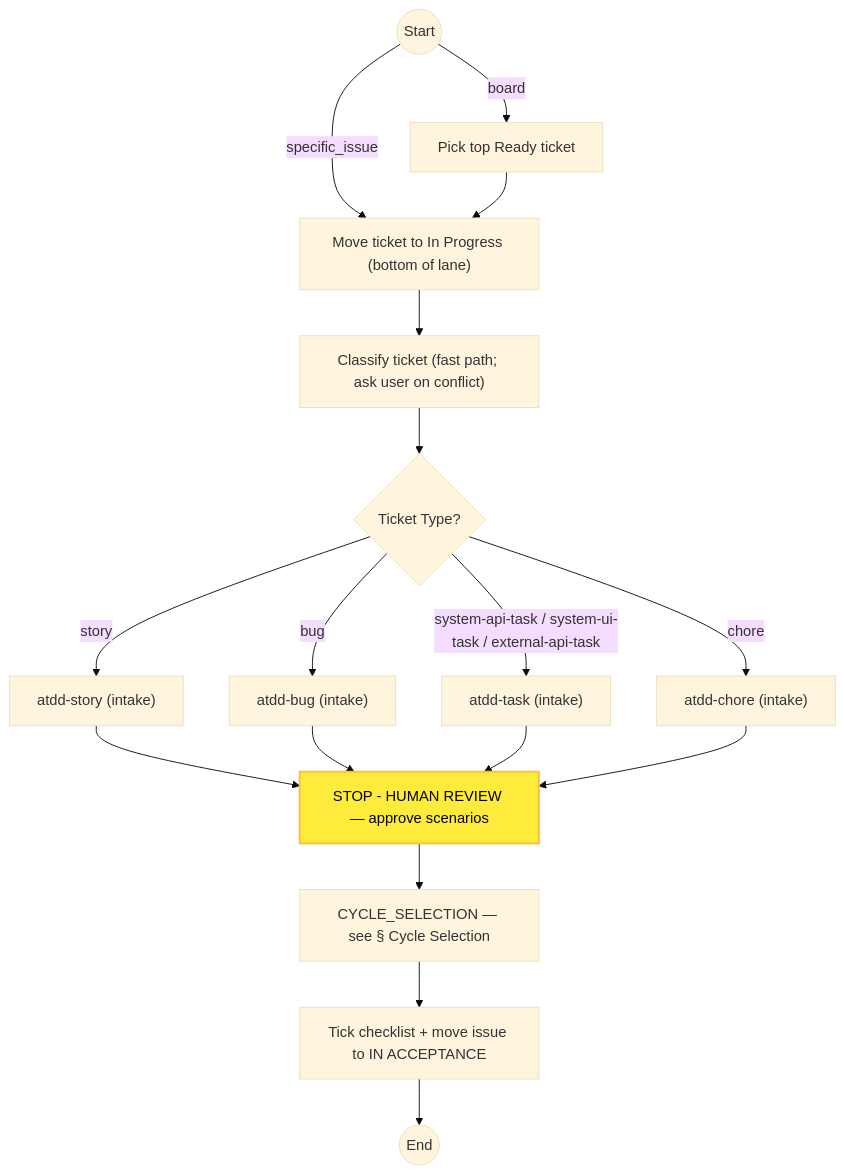
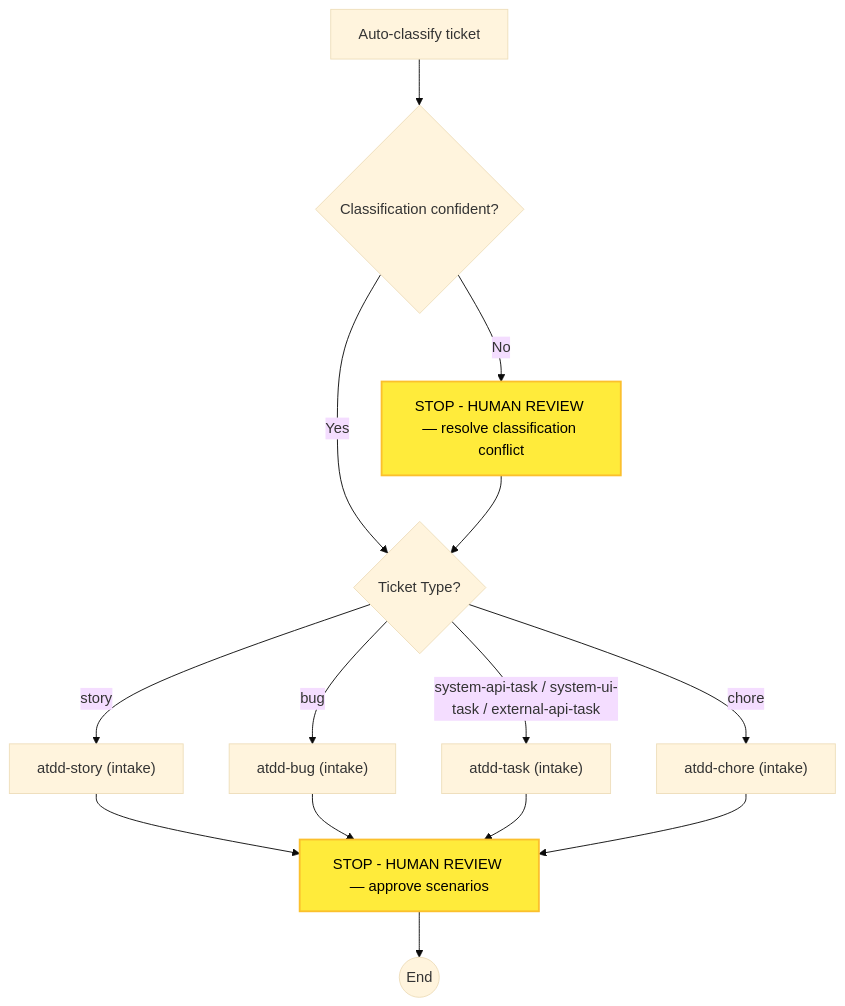
Before and after one commit to optivem/gh-optivem: the second of 11 diagrams in docs/process-diagram.md, drawn with Mermaid (base theme). The commit also changed other lines of this file and 6 other files, not shown here.

````diff
--- a/docs/process-diagram.md
+++ b/docs/process-diagram.md
@@ -9,36 +32,30 @@
 ```mermaid
 flowchart TD
     ATDD_BUG["atdd-bug (intake)"]
     ATDD_CHORE["atdd-chore (intake)"]
     ATDD_STORY["atdd-story (intake)"]
     ATDD_TASK["atdd-task (intake)"]
-    CLASSIFY["Classify ticket (fast path; ask user on conflict)"]
-    CYCLE_SELECTION[CYCLE_SELECTION — see § Cycle Selection]
-    END((End))
+    CLASSIFY[Auto-classify ticket]
+    GATE_CLASSIFY_CONFIDENT{Classification confident?}
     GATE_TICKET_TYPE{Ticket Type?}
-    MOVE_TO_IN_PROGRESS["Move ticket to In Progress (bottom of lane)"]
-    PICK_TOP_READY[Pick top Ready ticket]
-    START((Start))
+    INTAKE_END((End))
+    STOP_CLASSIFY_CONFLICT[STOP - HUMAN REVIEW — resolve classification conflict]
     STOP_INTAKE[STOP - HUMAN REVIEW — approve scenarios]
-    TICKET_IN_ACCEPTANCE[Tick checklist + move issue to IN ACCEPTANCE]
 
-    START -- board --> PICK_TOP_READY
-    START -- specific_issue --> MOVE_TO_IN_PROGRESS
-    PICK_TOP_READY --> MOVE_TO_IN_PROGRESS
-    MOVE_TO_IN_PROGRESS --> CLASSIFY
-    CLASSIFY --> GATE_TICKET_TYPE
+    CLASSIFY --> GATE_CLASSIFY_CONFIDENT
+    GATE_CLASSIFY_CONFIDENT -- Yes --> GATE_TICKET_TYPE
+    GATE_CLASSIFY_CONFIDENT -- No --> STOP_CLASSIFY_CONFLICT
+    STOP_CLASSIFY_CONFLICT --> GATE_TICKET_TYPE
     GATE_TICKET_TYPE -- story --> ATDD_STORY
     GATE_TICKET_TYPE -- bug --> ATDD_BUG
     GATE_TICKET_TYPE -- system-api-task / system-ui-task / external-api-task --> ATDD_TASK
     GATE_TICKET_TYPE -- chore --> ATDD_CHORE
     ATDD_STORY --> STOP_INTAKE
     ATDD_BUG --> STOP_INTAKE
     ATDD_TASK --> STOP_INTAKE
     ATDD_CHORE --> STOP_INTAKE
-    STOP_INTAKE --> CYCLE_SELECTION
-    CYCLE_SELECTION --> TICKET_IN_ACCEPTANCE
-    TICKET_IN_ACCEPTANCE --> END
+    STOP_INTAKE --> INTAKE_END
 
     classDef humanReviewNode fill:#ffeb3b,stroke:#fbc02d,stroke-width:2px,color:#000
-    class STOP_INTAKE humanReviewNode
+    class STOP_CLASSIFY_CONFLICT,STOP_INTAKE humanReviewNode
 ```
````
